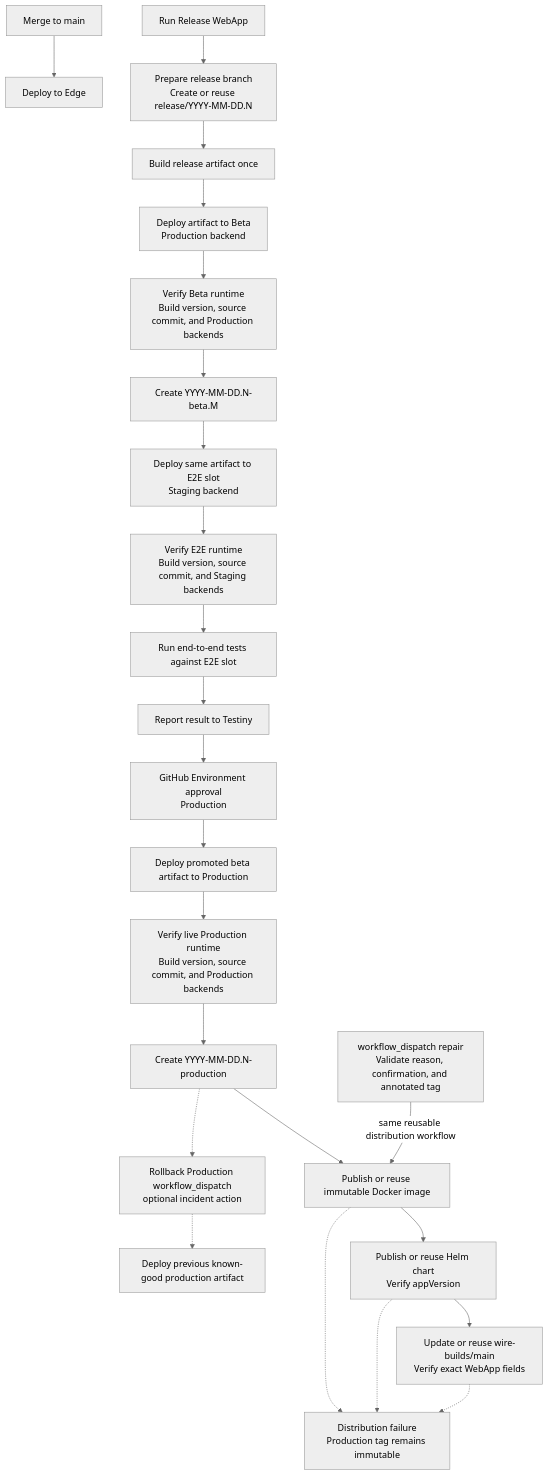
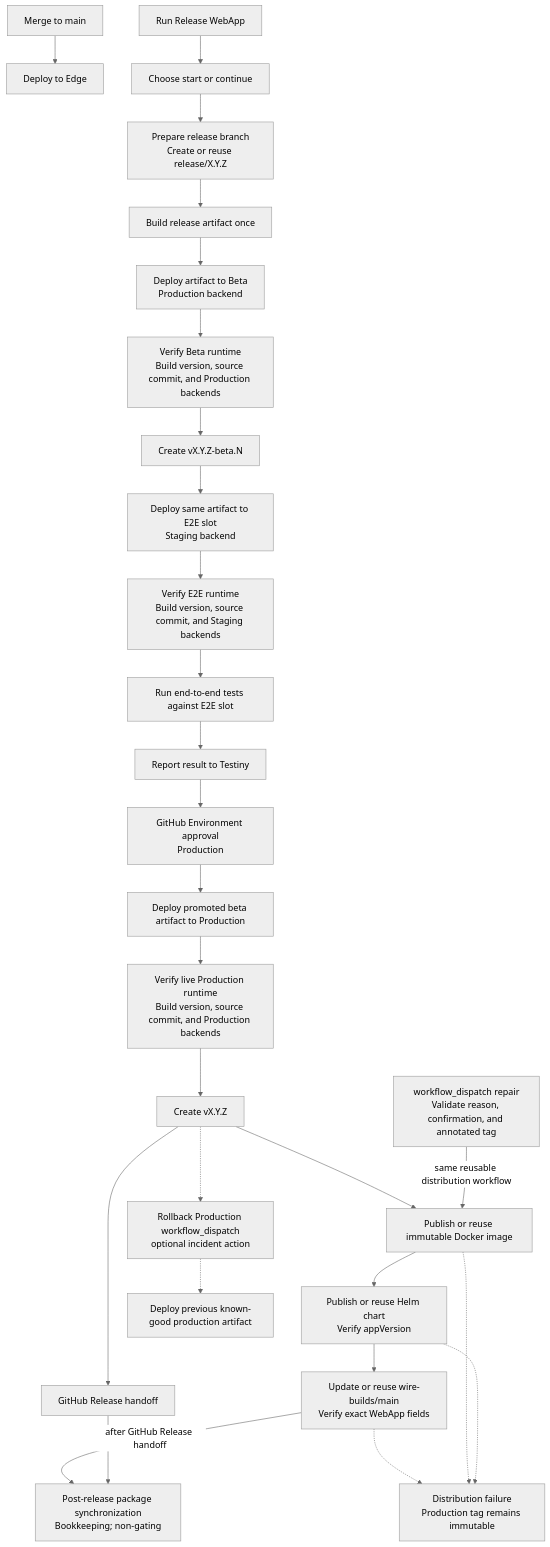
Before and after one commit to wireapp/wire-webapp: the second of 2 diagrams in docs/decision-records/0002-trunk-based-automated-release-process.md, drawn with Mermaid (neutral theme). The commit also changed other lines of this file, not shown here.

Commit message:
Document the final SemVer release model

````diff
--- a/docs/decision-records/0002-trunk-based-automated-release-process.md
+++ b/docs/decision-records/0002-trunk-based-automated-release-process.md
@@ -226,37 +200,42 @@
 ```mermaid
 flowchart TD
   mergeToMain[Merge to main]
   deployToEdge[Deploy to Edge]
   runReleaseWebApp[Run Release WebApp]
-  prepareReleaseBranch[Prepare release branch<br/>Create or reuse release/YYYY-MM-DD.N]
+  startOrContinueRelease[Choose start or continue]
+  prepareReleaseBranch[Prepare release branch<br/>Create or reuse release/X.Y.Z]
   buildArtifact[Build release artifact once]
   deployToBeta[Deploy artifact to Beta<br/>Production backend]
   verifyBetaRuntime[Verify Beta runtime<br/>Build version, source commit, and Production backends]
-  createBetaTag[Create YYYY-MM-DD.N-beta.M]
+  createBetaTag[Create vX.Y.Z-beta.N]
   deployToE2E[Deploy same artifact to E2E slot<br/>Staging backend]
   verifyE2ERuntime[Verify E2E runtime<br/>Build version, source commit, and Staging backends]
   runEndToEndTests[Run end-to-end tests against E2E slot]
   reportToTestiny[Report result to Testiny]
   productionApproval[GitHub Environment approval<br/>Production]
   deployToProduction[Deploy promoted beta artifact to Production]
   verifyProductionRuntime[Verify live Production runtime<br/>Build version, source commit, and Production backends]
-  createProductionTag[Create YYYY-MM-DD.N-production]
+  createProductionTag[Create vX.Y.Z]
+  githubReleaseHandoff[GitHub Release handoff]
   publishDocker[Publish or reuse immutable Docker image]
   publishHelm[Publish or reuse Helm chart<br/>Verify appVersion]
   updateWireBuilds[Update or reuse wire-builds/main<br/>Verify exact WebApp fields]
   repairDistribution[workflow_dispatch repair<br/>Validate reason, confirmation, and annotated tag]
   distributionFailure[Distribution failure<br/>Production tag remains immutable]
   rollbackWorkflow[Rollback Production workflow_dispatch<br/>optional incident action]
   deployKnownGoodArtifact[Deploy previous known-good production artifact]
 
   mergeToMain --> deployToEdge
-  runReleaseWebApp --> prepareReleaseBranch --> buildArtifact --> deployToBeta --> verifyBetaRuntime --> createBetaTag
+  runReleaseWebApp --> startOrContinueRelease --> prepareReleaseBranch --> buildArtifact --> deployToBeta --> verifyBetaRuntime --> createBetaTag
   createBetaTag --> deployToE2E --> verifyE2ERuntime --> runEndToEndTests --> reportToTestiny
   reportToTestiny --> productionApproval --> deployToProduction --> verifyProductionRuntime --> createProductionTag
   createProductionTag --> publishDocker --> publishHelm --> updateWireBuilds
+  createProductionTag --> githubReleaseHandoff
+  updateWireBuilds -->|after GitHub Release handoff| packageSynchronization[Post-release package synchronization<br/>Bookkeeping; non-gating]
+  githubReleaseHandoff --> packageSynchronization
   repairDistribution -->|same reusable distribution workflow| publishDocker
   updateWireBuilds -.-> distributionFailure
   publishDocker -.-> distributionFailure
   publishHelm -.-> distributionFailure
   createProductionTag -.-> rollbackWorkflow -.-> deployKnownGoodArtifact
 ```
````
